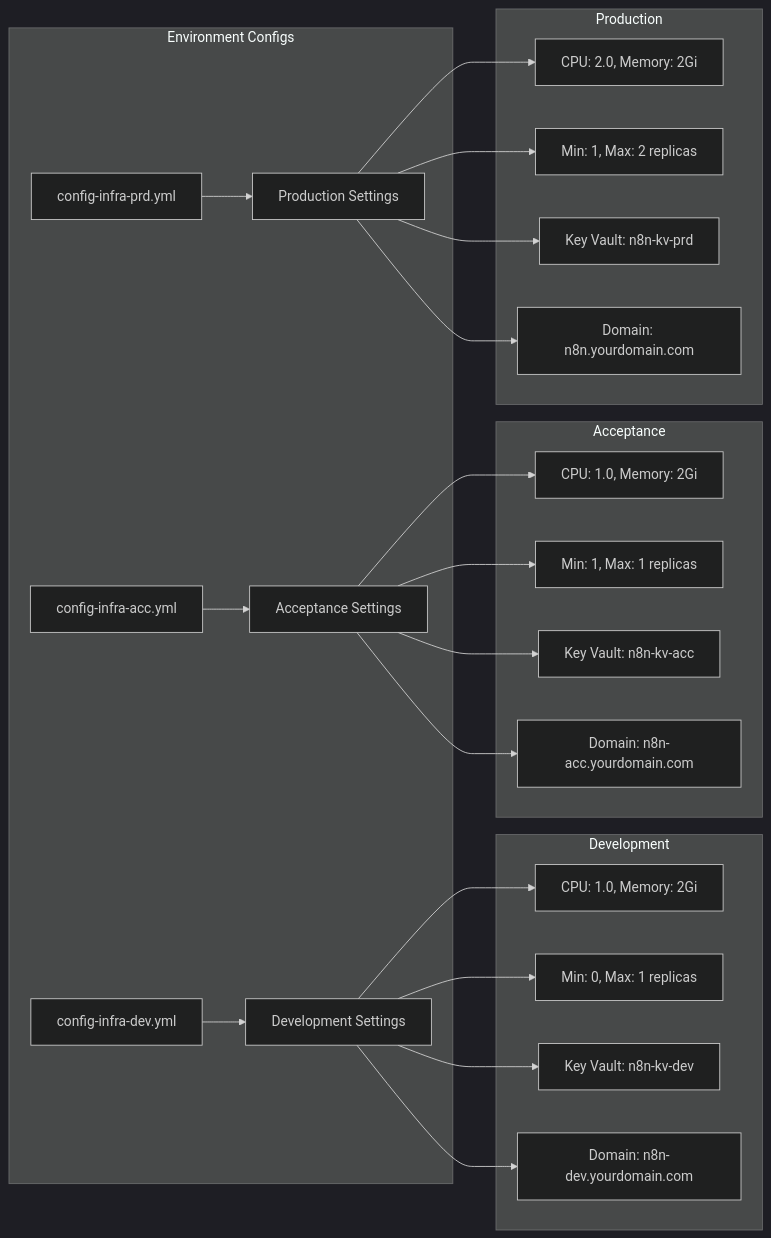
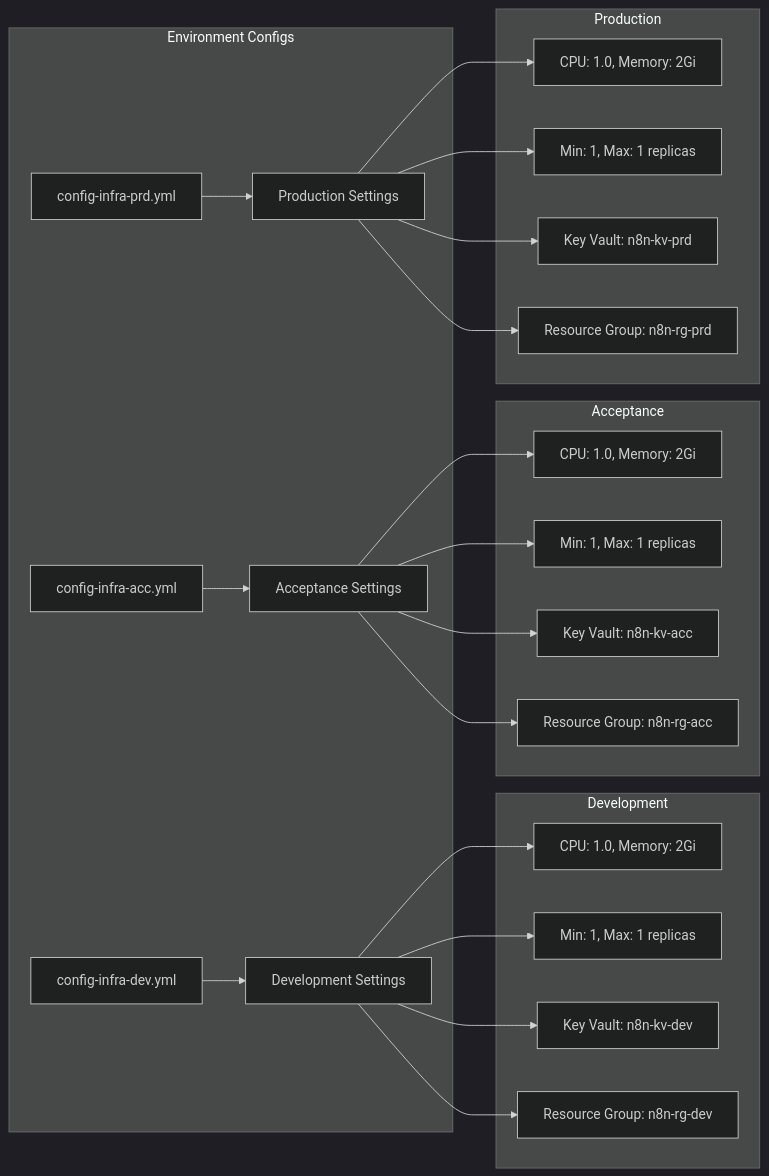
One commit to srmds/n8n-azure-apps-quick-starter changed the seventh of 12 diagrams in docs/cicd-pipeline.md. Above: the diagram before and after it, drawn with Mermaid (dark theme). The commit also changed other lines of this file and 15 other files, not shown here.

````diff
--- a/docs/cicd-pipeline.md
+++ b/docs/cicd-pipeline.md
@@ -240,29 +250,29 @@
 ```mermaid
 graph LR
     subgraph "Environment Configs"
         A[config-infra-dev.yml] --> B[Development Settings]
         C[config-infra-acc.yml] --> D[Acceptance Settings]
         E[config-infra-prd.yml] --> F[Production Settings]
     end
 
     subgraph "Development"
         B --> B1[CPU: 1.0, Memory: 2Gi]
-        B --> B2[Min: 0, Max: 1 replicas]
+        B --> B2[Min: 1, Max: 1 replicas]
         B --> B3[Key Vault: n8n-kv-dev]
-        B --> B4[Domain: n8n-dev.yourdomain.com]
+        B --> B4[Resource Group: n8n-rg-dev]
     end
 
     subgraph "Acceptance"
         D --> D1[CPU: 1.0, Memory: 2Gi]
         D --> D2[Min: 1, Max: 1 replicas]
         D --> D3[Key Vault: n8n-kv-acc]
-        D --> D4[Domain: n8n-acc.yourdomain.com]
+        D --> D4[Resource Group: n8n-rg-acc]
     end
 
     subgraph "Production"
-        F --> F1[CPU: 2.0, Memory: 2Gi]
-        F --> F2[Min: 1, Max: 2 replicas]
+        F --> F1[CPU: 1.0, Memory: 2Gi]
+        F --> F2[Min: 1, Max: 1 replicas]
         F --> F3[Key Vault: n8n-kv-prd]
-        F --> F4[Domain: n8n.yourdomain.com]
+        F --> F4[Resource Group: n8n-rg-prd]
     end
 ```
````
